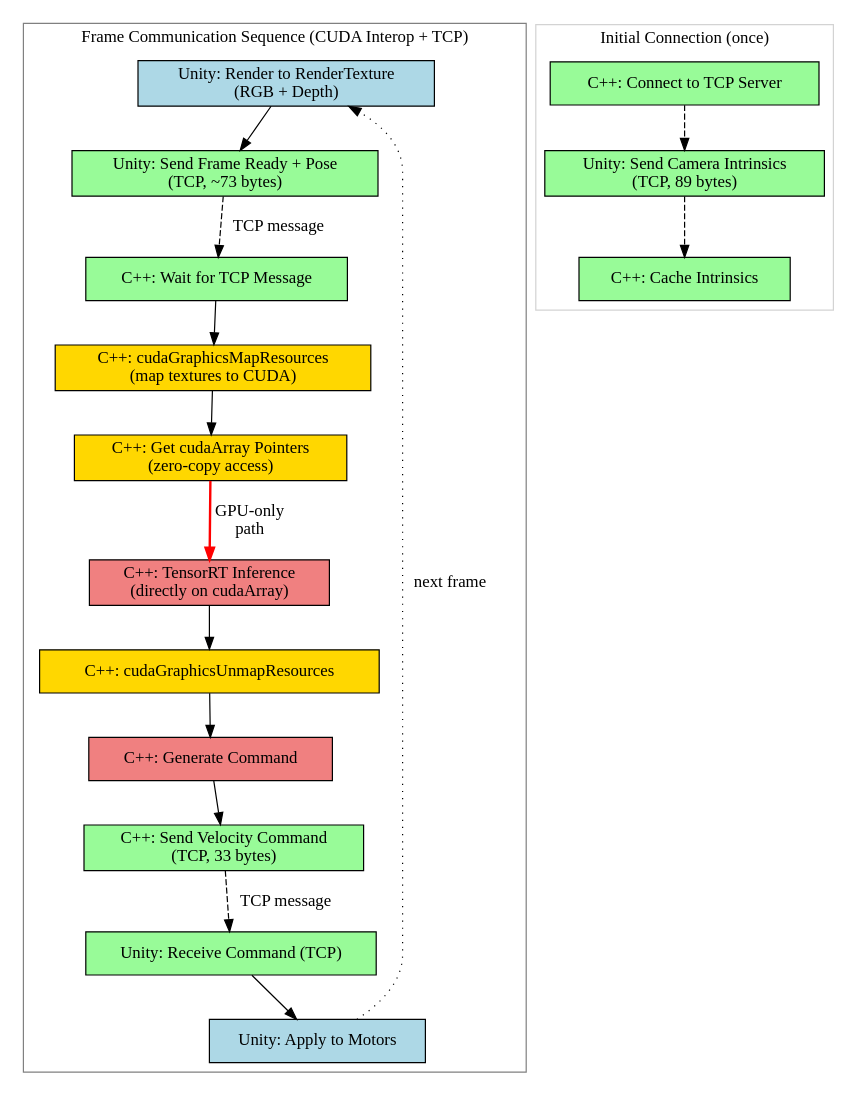
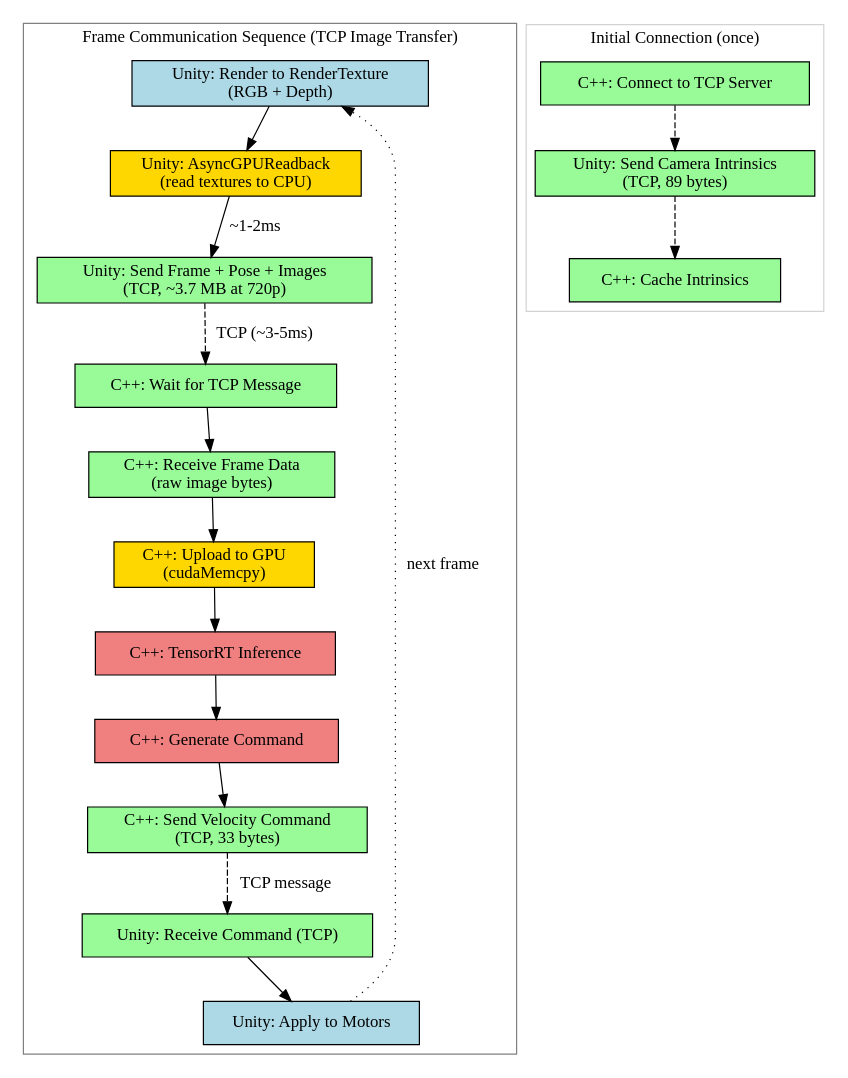
One commit to Woz4tetra/auto-battlebot changed the fourth of 6 diagrams in docs/SIMULATION_SYSTEM_ENGINEERING_PLAN.md. Above: the diagram before and after it, drawn with Graphviz. The commit also changed other lines of this file and 6 other files, not shown here.

````diff
--- a/docs/SIMULATION_SYSTEM_ENGINEERING_PLAN.md
+++ b/docs/SIMULATION_SYSTEM_ENGINEERING_PLAN.md
@@ -556,52 +565,52 @@
 ```dot
 digraph CommunicationSequence {
     rankdir=TB;
     node [shape=box];
 
     subgraph cluster_sequence {
-        label="Frame Communication Sequence (CUDA Interop + TCP)";
+        label="Frame Communication Sequence (TCP Image Transfer)";
         color=gray;
 
         // Nodes represent states/actions
         unity_render [label="Unity: Render to RenderTexture\n(RGB + Depth)", fillcolor=lightblue, style=filled];
-        unity_send [label="Unity: Send Frame Ready + Pose\n(TCP, ~73 bytes)", fillcolor=palegreen, style=filled];
+        unity_readback [label="Unity: AsyncGPUReadback\n(read textures to CPU)", fillcolor=gold, style=filled];
+        unity_send [label="Unity: Send Frame + Pose + Images\n(TCP, ~3.7 MB at 720p)", fillcolor=palegreen, style=filled];
 
         cpp_wait [label="C++: Wait for TCP Message", fillcolor=palegreen, style=filled];
-        cpp_map [label="C++: cudaGraphicsMapResources\n(map textures to CUDA)", fillcolor=gold, style=filled];
-        cpp_getcuda [label="C++: Get cudaArray Pointers\n(zero-copy access)", fillcolor=gold, style=filled];
-        cpp_inference [label="C++: TensorRT Inference\n(directly on cudaArray)", fillcolor=lightcoral, style=filled];
-        cpp_unmap [label="C++: cudaGraphicsUnmapResources", fillcolor=gold, style=filled];
+        cpp_receive [label="C++: Receive Frame Data\n(raw image bytes)", fillcolor=palegreen, style=filled];
+        cpp_upload [label="C++: Upload to GPU\n(cudaMemcpy)", fillcolor=gold, style=filled];
+        cpp_inference [label="C++: TensorRT Inference", fillcolor=lightcoral, style=filled];
         cpp_command [label="C++: Generate Command", fillcolor=lightcoral, style=filled];
         cpp_sendcmd [label="C++: Send Velocity Command\n(TCP, 33 bytes)", fillcolor=palegreen, style=filled];
 
         unity_readcmd [label="Unity: Receive Command (TCP)", fillcolor=palegreen, style=filled];
         unity_apply [label="Unity: Apply to Motors", fillcolor=lightblue, style=filled];
 
         // Sequence flow
-        unity_render -> unity_send;
-        unity_send -> cpp_wait [style=dashed, label="TCP message"];
-        cpp_wait -> cpp_map;
-        cpp_map -> cpp_getcuda;
-        cpp_getcuda -> cpp_inference [label="GPU-only\npath", style=bold, color=red];
-        cpp_inference -> cpp_unmap;
-        cpp_unmap -> cpp_command;
+        unity_render -> unity_readback;
+        unity_readback -> unity_send [label="~1-2ms"];
+        unity_send -> cpp_wait [style=dashed, label="TCP (~3-5ms)"];
+        cpp_wait -> cpp_receive;
+        cpp_receive -> cpp_upload;
+        cpp_upload -> cpp_inference;
+        cpp_inference -> cpp_command;
         cpp_command -> cpp_sendcmd;
         cpp_sendcmd -> unity_readcmd [style=dashed, label="TCP message"];
         unity_readcmd -> unity_apply;
         unity_apply -> unity_render [label="next frame", style=dotted];
     }
 
     // Note about initial connection
     subgraph cluster_init {
         label="Initial Connection (once)";
         color=lightgray;
 
         cpp_connect [label="C++: Connect to TCP Server", fillcolor=palegreen, style=filled];
         unity_intrinsics [label="Unity: Send Camera Intrinsics\n(TCP, 89 bytes)", fillcolor=palegreen, style=filled];
         cpp_cache [label="C++: Cache Intrinsics", fillcolor=palegreen, style=filled];
 
         cpp_connect -> unity_intrinsics [style=dashed];
         unity_intrinsics -> cpp_cache [style=dashed];
     }
 }
 ```
````
